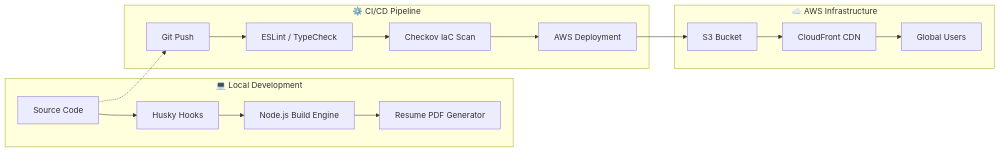
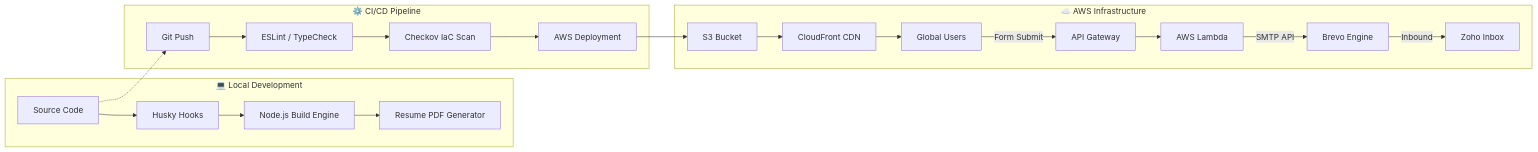
The diagram in README.md (shubhmate/cloud-native-portfolio), drawn with Mermaid before and after one commit. The commit also changed other lines of this file and 10 other files, not shown here.

````diff
--- a/README.md
+++ b/README.md
@@ -17,22 +17,26 @@
 ```mermaid
 graph LR
     subgraph Local_Dev ["💻 Local Development"]
         Code[Source Code] --> Husky[Husky Hooks]
         Husky --> Build[Node.js Build Engine]
         Build --> PDF[Resume PDF Generator]
     end
 
     subgraph GitHub_Actions ["⚙️ CI/CD Pipeline"]
         Push[Git Push] --> Lint[ESLint / TypeCheck]
         Lint --> Scan[Checkov IaC Scan]
         Scan --> Deploy[AWS Deployment]
     end
 
     subgraph AWS_Cloud ["☁️ AWS Infrastructure"]
         Deploy --> S3[S3 Bucket]
         S3 --> CF[CloudFront CDN]
         CF --> User[Global Users]
+        User -- Form Submit --> AGW[API Gateway]
+        AGW --> Lambda[AWS Lambda]
+        Lambda -- SMTP API --> Brevo[Brevo Engine]
+        Brevo -- Inbound --> Zoho[Zoho Inbox]
     end
 
     Code -.-> Push
 ```
````
